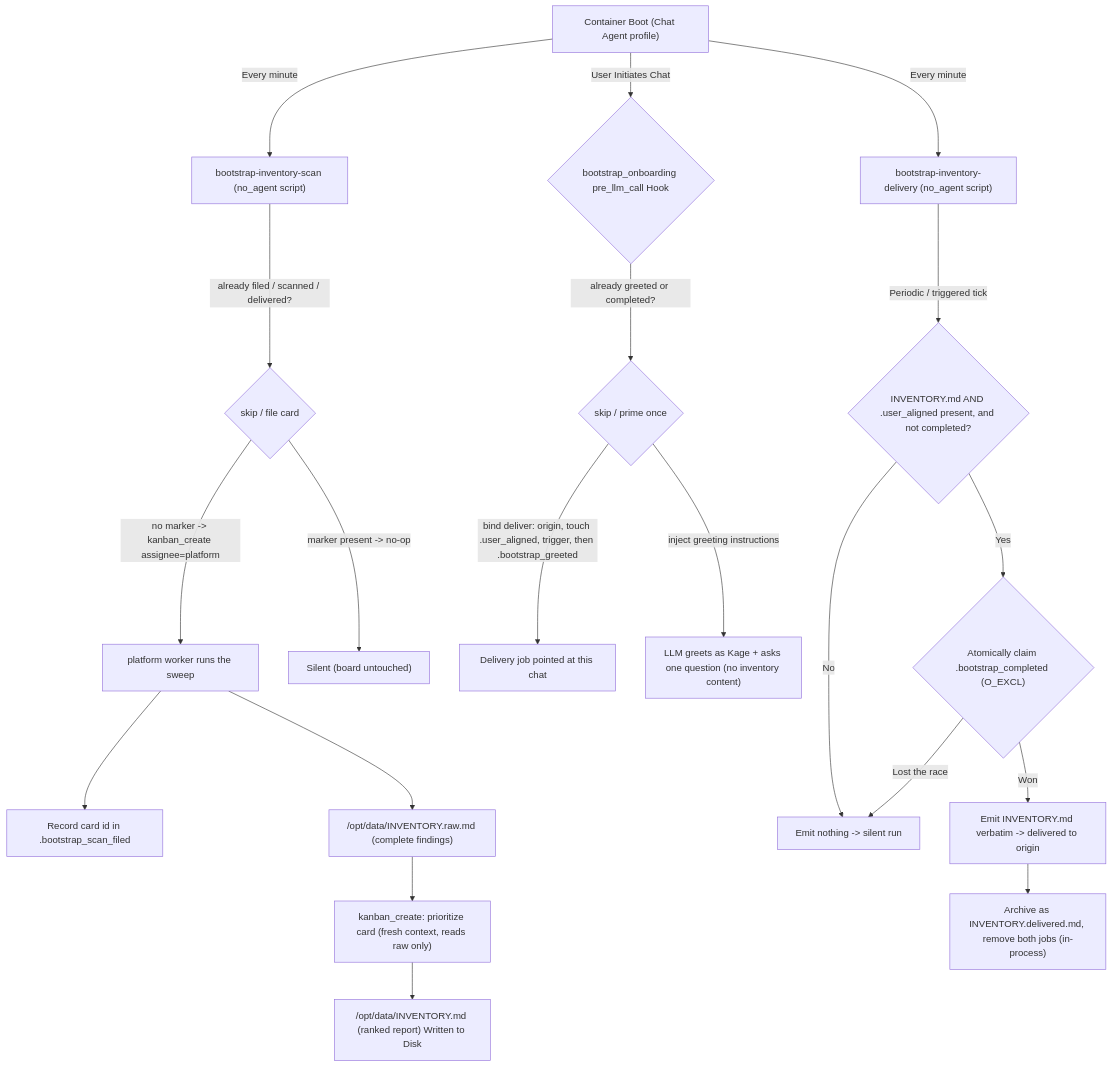
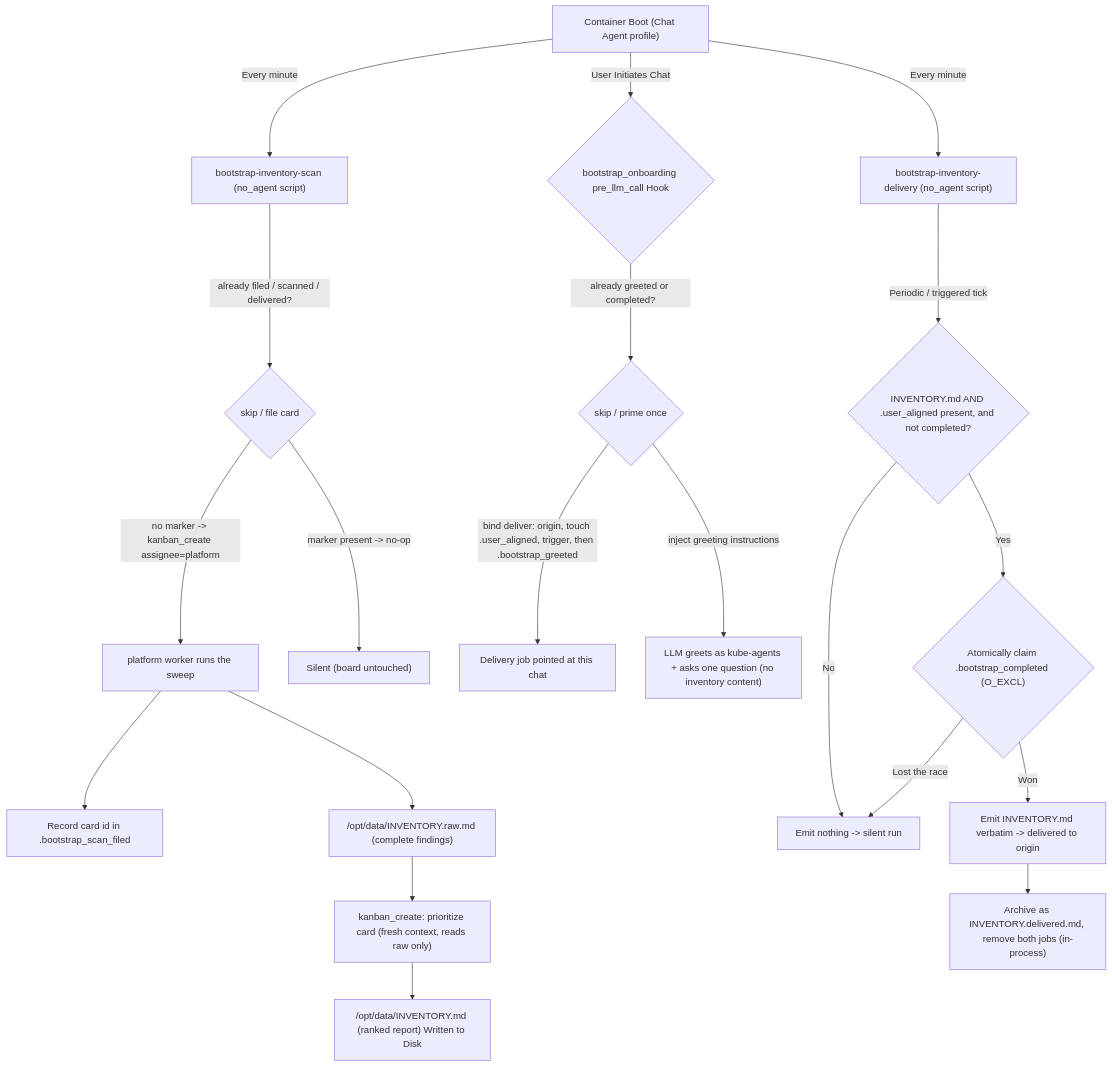
Before and after one commit to gke-labs/kube-agents: the first of 3 diagrams in agents/chat/defaults/plugins/bootstrap_onboarding/README.md, drawn with Mermaid. The commit also changed other lines of this file and 7 other files, not shown here.

First line of the commit message:
feat(chat): introduce the agent as kube-agents in the first-install greeting

````diff
--- a/agents/chat/defaults/plugins/bootstrap_onboarding/README.md
+++ b/agents/chat/defaults/plugins/bootstrap_onboarding/README.md
@@ -49,25 +49,25 @@
 ```mermaid
 graph TD
     A["Container Boot (Chat Agent profile)"] -->|Every minute| B["bootstrap-inventory-scan (no_agent script)"]
     A -->|Every minute| C["bootstrap-inventory-delivery (no_agent script)"]
     A -->|User Initiates Chat| D{"bootstrap_onboarding pre_llm_call Hook"}
 
     B -->|already filed / scanned / delivered?| B2{"skip / file card"}
     B2 -->|no marker -> kanban_create assignee=platform| P["platform worker runs the sweep"]
     P --> PM["Record card id in .bootstrap_scan_filed"]
     P --> R["/opt/data/INVENTORY.raw.md (complete findings)"]
     R --> Q["kanban_create: prioritize card (fresh context, reads raw only)"]
     Q --> E["/opt/data/INVENTORY.md (ranked report) Written to Disk"]
     B2 -->|marker present -> no-op| F["Silent (board untouched)"]
 
     D -->|already greeted or completed?| DG{"skip / prime once"}
     DG -->|bind deliver: origin, touch .user_aligned, trigger, then .bootstrap_greeted| G["Delivery job pointed at this chat"]
-    DG -->|inject greeting instructions| H["LLM greets as Kage + asks one question (no inventory content)"]
+    DG -->|inject greeting instructions| H["LLM greets as kube-agents + asks one question (no inventory content)"]
 
     C -->|Periodic / triggered tick| I{"INVENTORY.md AND .user_aligned present, and not completed?"}
     I -->|No| J["Emit nothing -> silent run"]
     I -->|Yes| CL{"Atomically claim .bootstrap_completed (O_EXCL)"}
     CL -->|Lost the race| J
     CL -->|Won| K["Emit INVENTORY.md verbatim -> delivered to origin"]
     K --> L["Archive as INVENTORY.delivered.md, remove both jobs (in-process)"]
 ```
````
